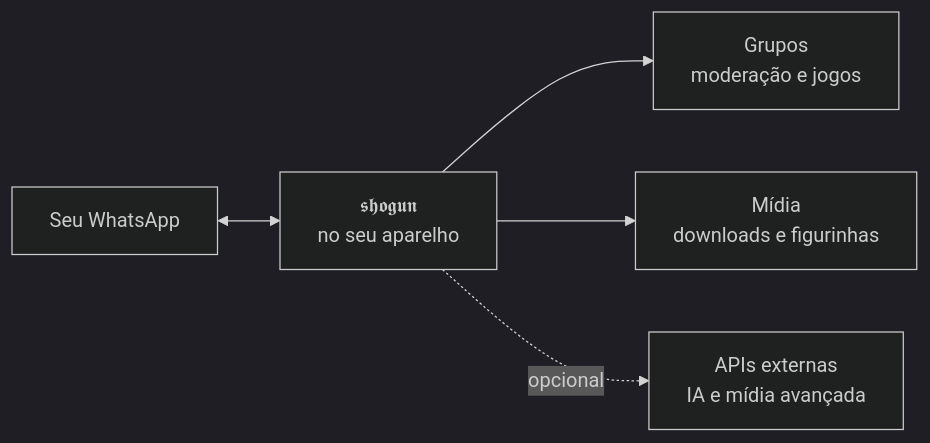
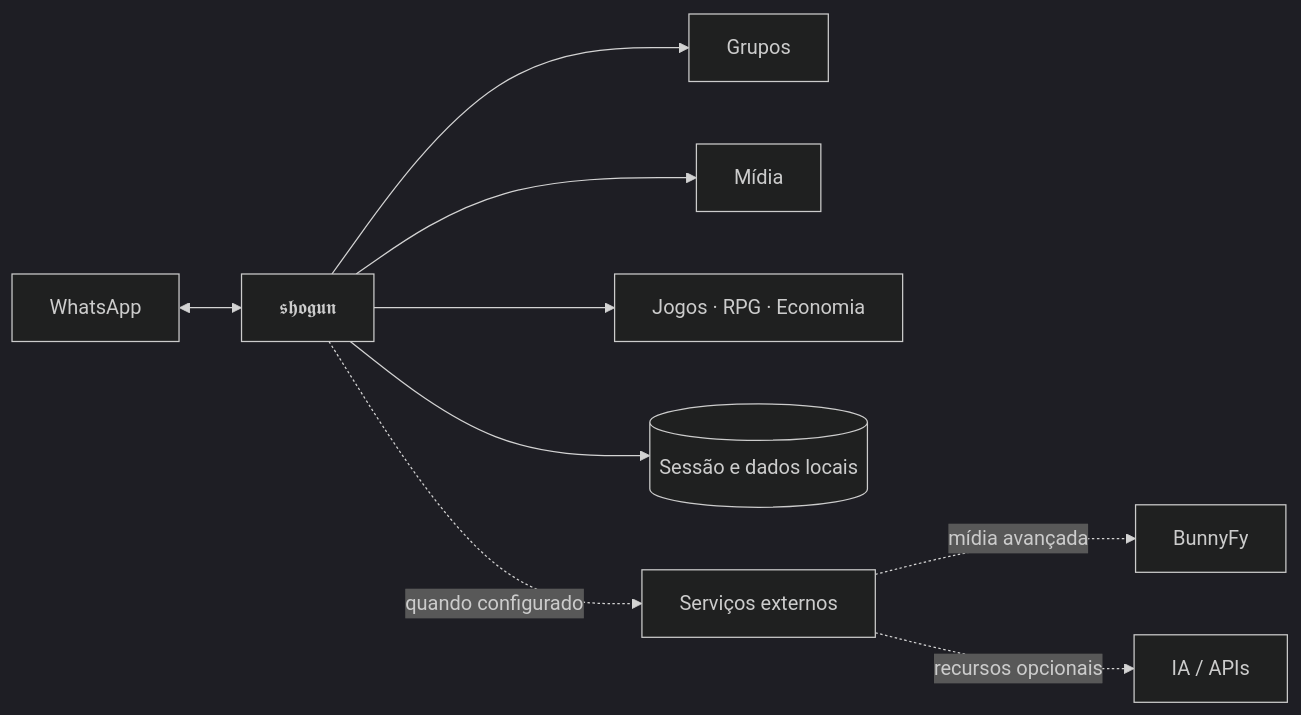
One commit to dgreych/shogun changed the diagram in README.md. Above: the diagram before and after it, drawn with Mermaid (dark theme). The commit also changed other lines of this file, not shown here.

````diff
--- a/README.md
+++ b/README.md
@@ -88,7 +152,11 @@
 ```mermaid
 flowchart LR
-  A[Seu WhatsApp] <--> B[𝖘𝖍𝖔𝖌𝖚𝖓<br/>no seu aparelho]
-  B --> C[Grupos<br/>moderação e jogos]
-  B --> D[Mídia<br/>downloads e figurinhas]
-  B -.opcional.-> E[APIs externas<br/>IA e mídia avançada]
+    W[WhatsApp] <--> S[𝖘𝖍𝖔𝖌𝖚𝖓]
+    S --> G[Grupos]
+    S --> M[Mídia]
+    S --> R[Jogos · RPG · Economia]
+    S --> L[(Sessão e dados locais)]
+    S -. quando configurado .-> E[Serviços externos]
+    E -. mídia avançada .-> B[BunnyFy]
+    E -. recursos opcionais .-> A[IA / APIs]
 ```
````
